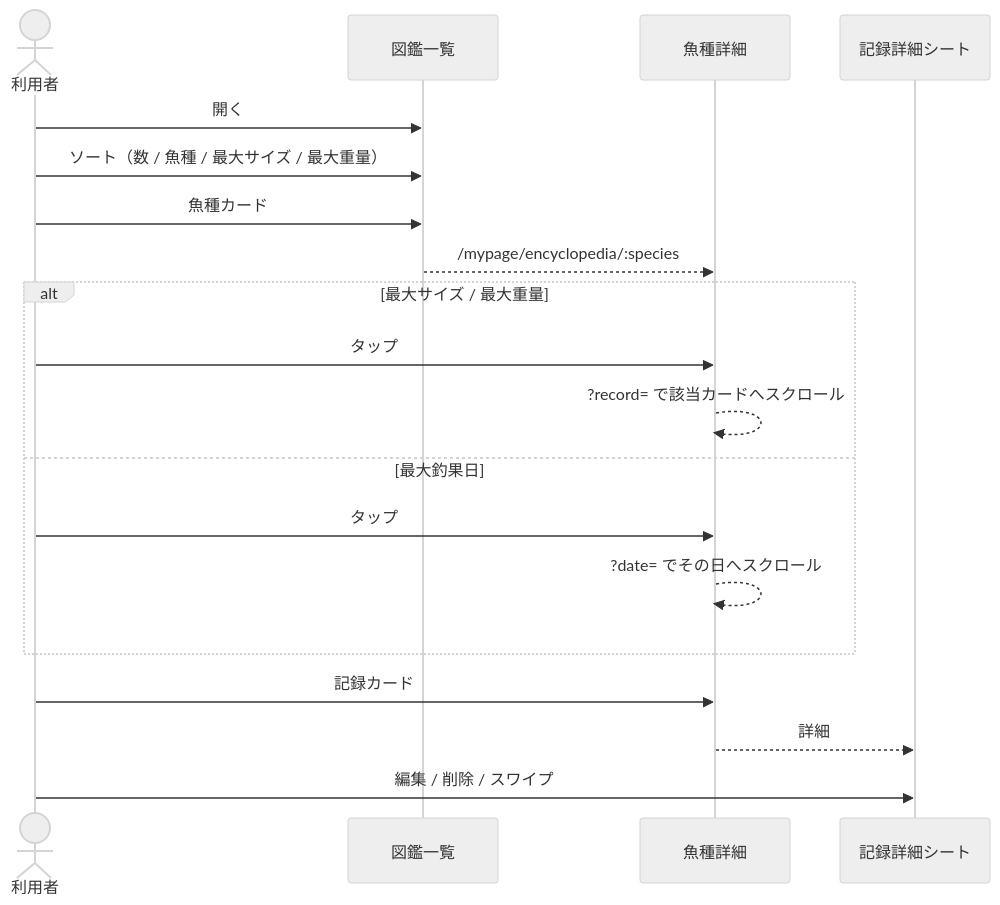
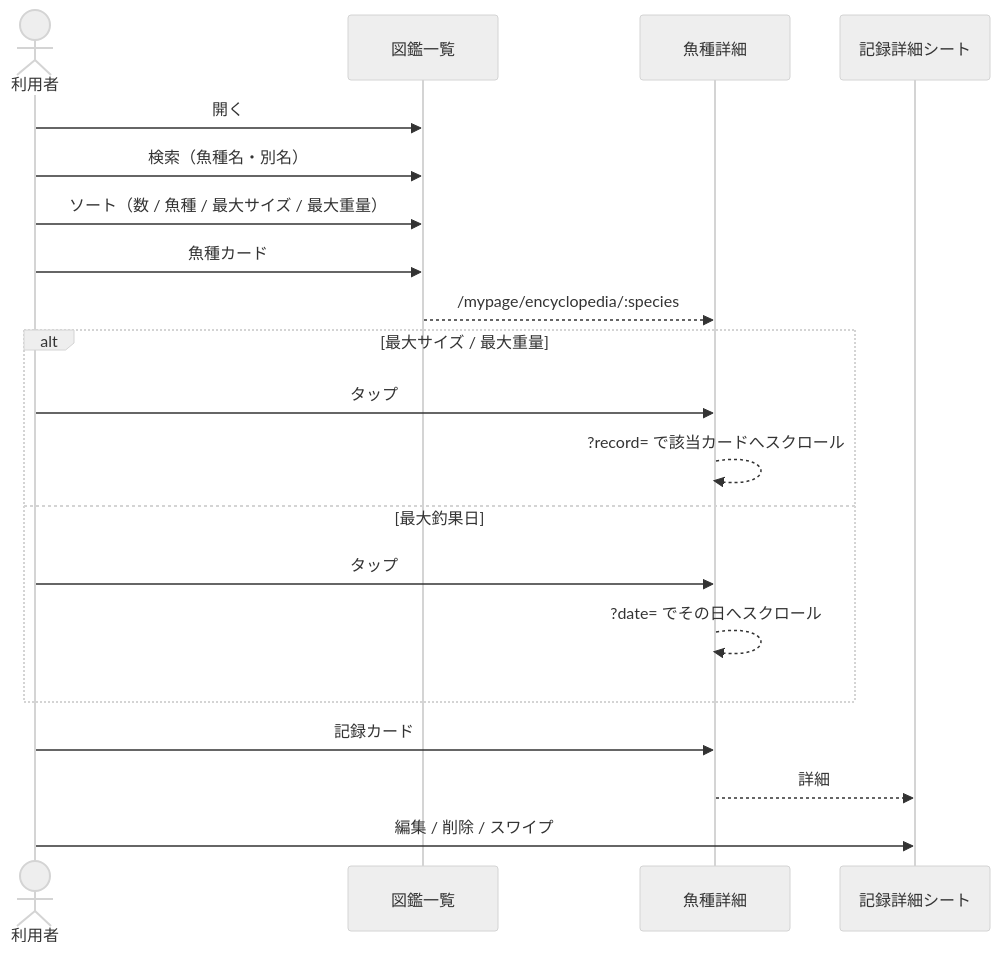
Before and after one commit to honeston/fissingplotter: the sixth of 8 diagrams in docs/screens/design/mypage.md, drawn with Mermaid (neutral theme). The commit also changed other lines of this file and 12 other files, not shown here.

Commit message:
マイ魚種図鑑を魚種名・別名で検索できるようにし、件数が増えても目的の魚をすぐ見つけられるようにする。

````diff
--- a/docs/screens/design/mypage.md
+++ b/docs/screens/design/mypage.md
@@ -110,22 +111,23 @@
 ```mermaid
 sequenceDiagram
   actor U as 利用者
   participant Enc as 図鑑一覧
   participant Sp as 魚種詳細
   participant Sheet as 記録詳細シート
 
   U->>Enc: 開く
+  U->>Enc: 検索（魚種名・別名）
   U->>Enc: ソート（数 / 魚種 / 最大サイズ / 最大重量）
   U->>Enc: 魚種カード
   Enc-->>Sp: /mypage/encyclopedia/:species
   alt 最大サイズ / 最大重量
     U->>Sp: タップ
     Sp-->>Sp: ?record= で該当カードへスクロール
   else 最大釣果日
     U->>Sp: タップ
     Sp-->>Sp: ?date= でその日へスクロール
   end
   U->>Sp: 記録カード
   Sp-->>Sheet: 詳細
   U->>Sheet: 編集 / 削除 / スワイプ
 ```
````
